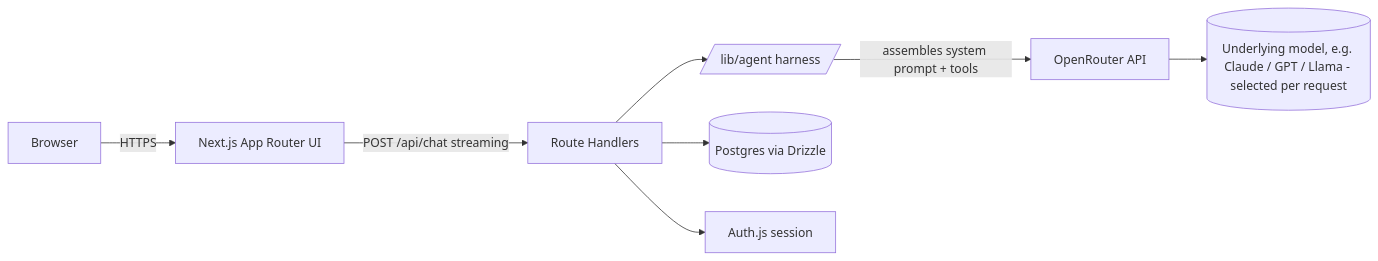
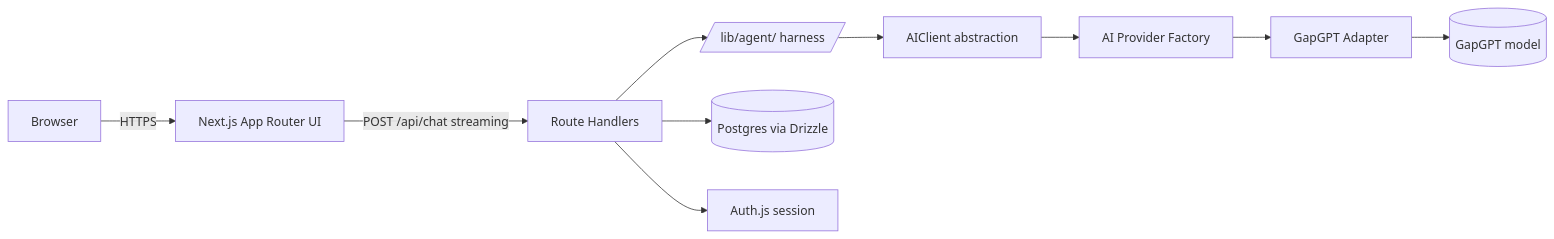
The first of 2 diagrams in docs/ARCHITECTURE.md (hosseinkhezeli/ai-chatbot), drawn with Mermaid before and after one commit. The commit also changed other lines of this file and 45 other files, not shown here.

````diff
--- a/docs/ARCHITECTURE.md
+++ b/docs/ARCHITECTURE.md
@@ -5,10 +5,21 @@
 ```mermaid
 flowchart LR
+
     User[Browser] -->|HTTPS| Frontend[Next.js App Router UI]
+
     Frontend -->|POST /api/chat streaming| API[Route Handlers]
-    API --> Harness[/lib/agent harness/]
-    Harness -->|assembles system prompt + tools| OpenRouter[OpenRouter API]
-    OpenRouter --> Model[(Underlying model, e.g. Claude / GPT / Llama - selected per request)]
+
+    API --> Harness[/lib/agent/ harness/]
+
+    Harness --> AIClient[AIClient abstraction]
+
+    AIClient --> Factory[AI Provider Factory]
+
+    Factory --> GapGPT[GapGPT Adapter]
+
+    GapGPT --> Model[(GapGPT model)]
+
     API --> DB[(Postgres via Drizzle)]
+
     API --> Auth[Auth.js session]
 ```
````
